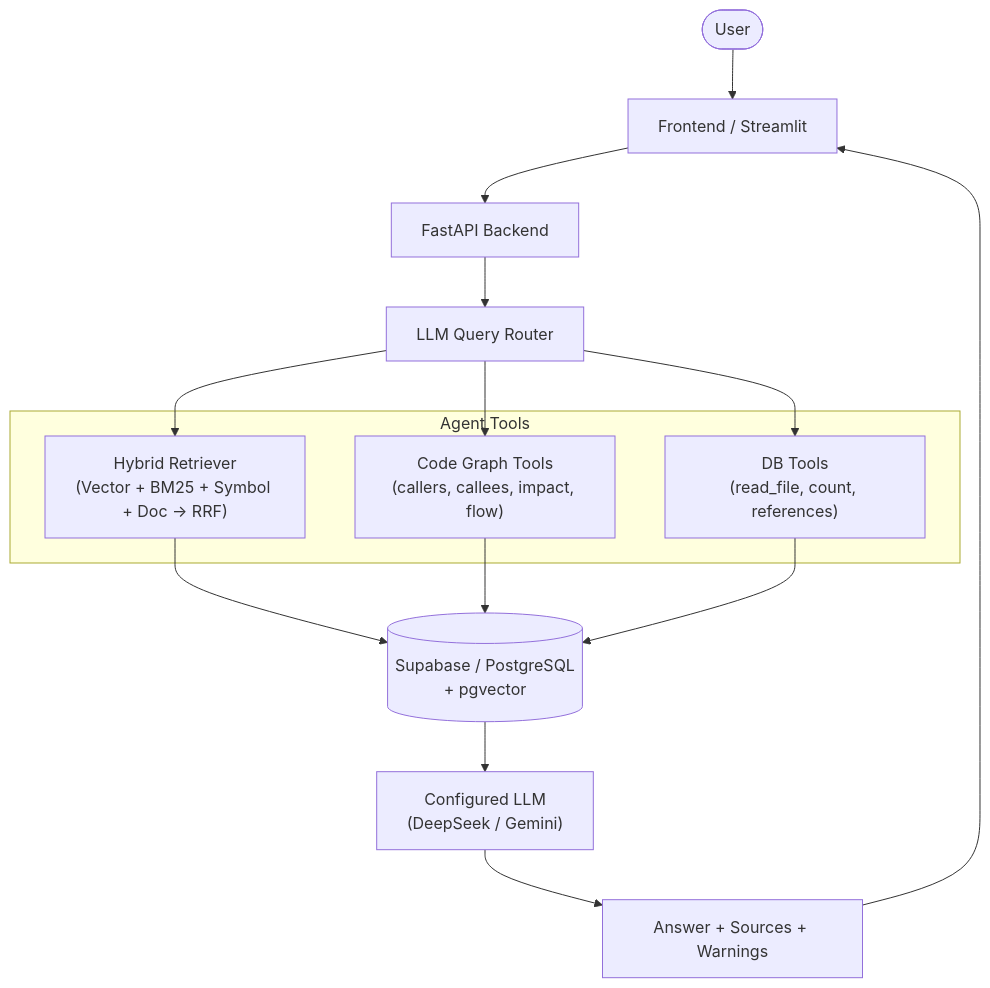
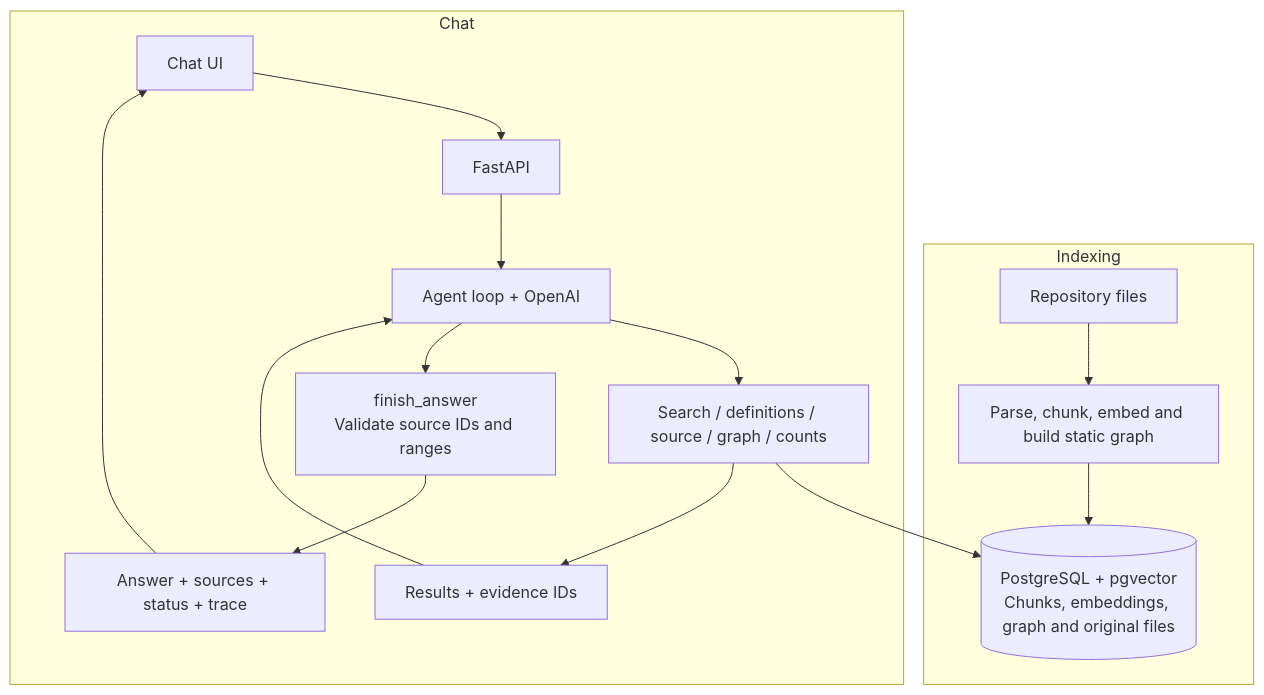
One commit to harilama05/agentic-python-repo-rag-copilot changed the diagram in README.md. Above: the diagram before and after it, drawn with Mermaid. The commit also changed other lines of this file and 42 other files, not shown here.

Commit message:
feat: complete codebase agent with OpenAI GPT-6 Luna

````diff
--- a/README.md
+++ b/README.md
@@ -55,22 +39,19 @@
 ```mermaid
 flowchart TB
-    User([User])
-    FE["Frontend / Streamlit"]
-    API["FastAPI Backend"]
-    Router["LLM Query Router"]
-
-    subgraph Agent Tools
-        Hybrid["Hybrid Retriever\n(Vector + BM25 + Symbol + Doc → RRF)"]
-        Graph["Code Graph Tools\n(callers, callees, impact, flow)"]
-        DB["DB Tools\n(read_file, count, references)"]
+    subgraph Indexing
+        Repo["Repository files"] --> Parse["Parse, chunk, embed and build static graph"]
+        Parse --> Store[("PostgreSQL + pgvector<br/>Chunks, embeddings, graph and original files")]
     end
 
-    PG[("Supabase / PostgreSQL\n+ pgvector")]
-    LLM["Configured LLM<br>(DeepSeek / Gemini)"]
-    Resp["Answer + Sources + Warnings"]
-
-    User --> FE --> API --> Router
-    Router --> Hybrid & Graph & DB
-    Hybrid & Graph & DB --> PG
-    PG --> LLM --> Resp --> FE
+    subgraph Chat
+        UI["Chat UI"] --> API["FastAPI"]
+        API --> Agent["Agent loop + OpenAI"]
+        Agent --> Tools["Search / definitions / source / graph / counts"]
+        Tools --> Store
+        Tools --> Results["Results + evidence IDs"]
+        Results --> Agent
+        Agent --> Finish["finish_answer<br/>Validate source IDs and ranges"]
+        Finish --> Answer["Answer + sources + status + trace"]
+        Answer --> UI
+    end
 ```
````
